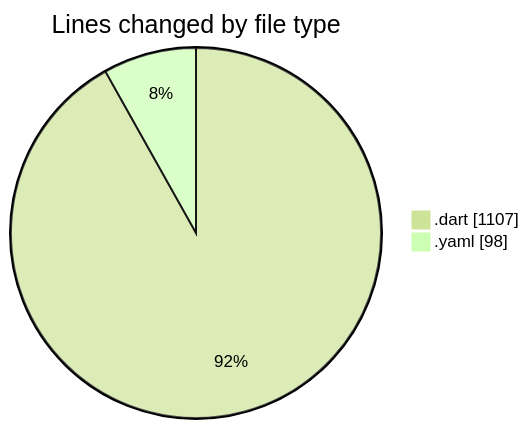
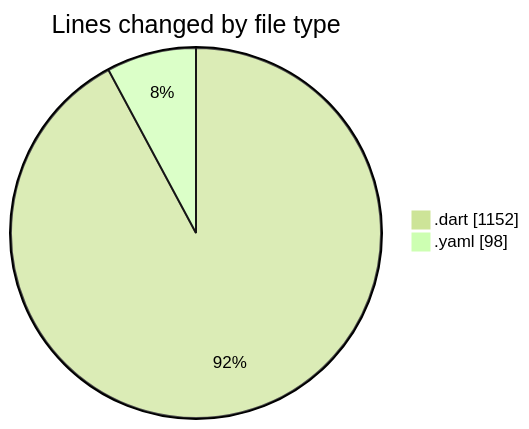
The first of 2 diagrams in 2025-11-01/weather_insights_app/README.md (donsfak/code-tracking), drawn with Mermaid (forest theme) before and after one commit. The commit also changed other lines of this file and 1 other file, not shown here.

````diff
--- a/2025-11-01/weather_insights_app/README.md
+++ b/2025-11-01/weather_insights_app/README.md
@@ -27,6 +27,6 @@
 ```mermaid
 pie showData
 title Lines changed by file type
-".dart" : 1107
+".dart" : 1152
 ".yaml" : 98
 ```
````
